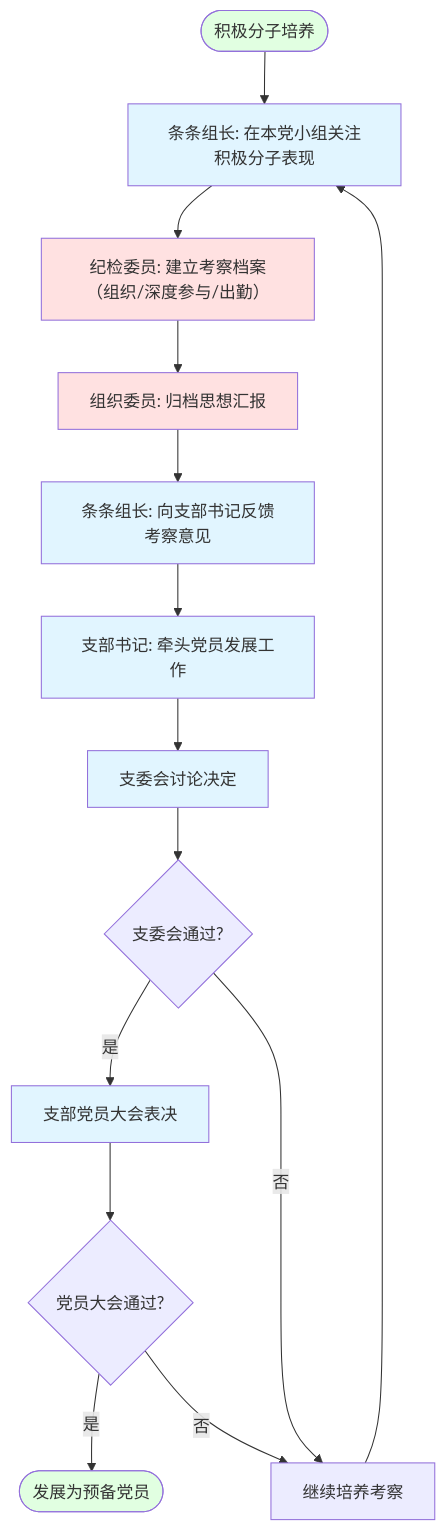
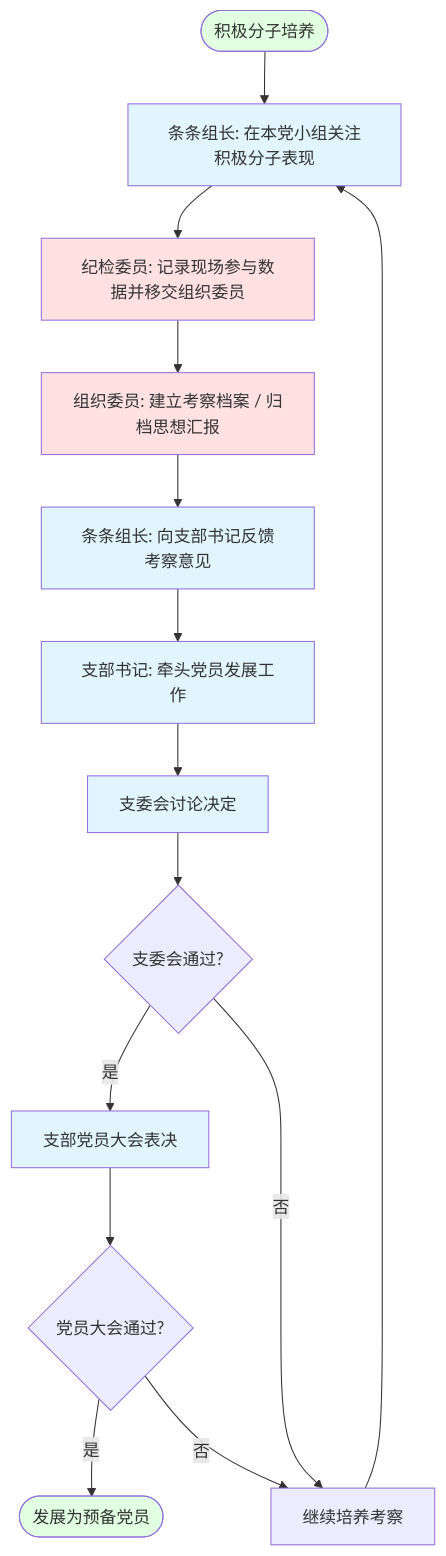
The fifth of 9 diagrams in 流程指南/工作流程图-定人定责定岗.md (czhgo/GSM1921-SOP), drawn with Mermaid before and after one commit. The commit also changed other lines of this file and 6 other files, not shown here.

````diff
--- a/流程指南/工作流程图-定人定责定岗.md
+++ b/流程指南/工作流程图-定人定责定岗.md
@@ -252,41 +252,41 @@
 ```mermaid
 flowchart TD
     Start([积极分子培养])
     
     A[条条组长: 在本党小组关注积极分子表现]
-    B[纪检委员: 建立考察档案（组织/深度参与/出勤）]
-    C[组织委员: 归档思想汇报]
+    B[纪检委员: 记录现场参与数据并移交组织委员]
+    C[组织委员: 建立考察档案 / 归档思想汇报]
     D[条条组长: 向支部书记反馈考察意见]
     E[支部书记: 牵头党员发展工作]
     F[支委会讨论决定]
     G{支委会通过?}
     H[支部党员大会表决]
     I{党员大会通过?}
     J[继续培养考察]
     
     End([发展为预备党员])
     
     Start --> A
     A --> B
     B --> C
     C --> D
     D --> E
     E --> F
     F --> G
     G -->|是| H
     G -->|否| J
     H --> I
     I -->|是| End
     I -->|否| J
     J --> A
     
     style Start fill:#e1ffe1
     style A fill:#e1f5ff
     style B fill:#ffe1e1
     style C fill:#ffe1e1
     style D fill:#e1f5ff
     style E fill:#e1f5ff
     style F fill:#e1f5ff
     style H fill:#e1f5ff
     style End fill:#e1ffe1
 ```
````
